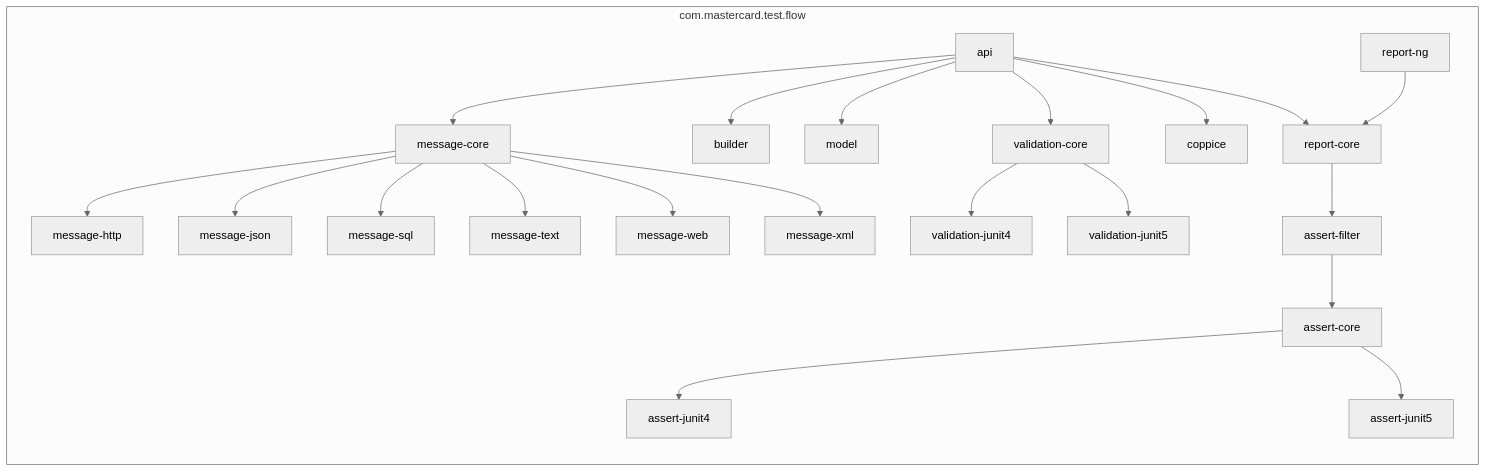
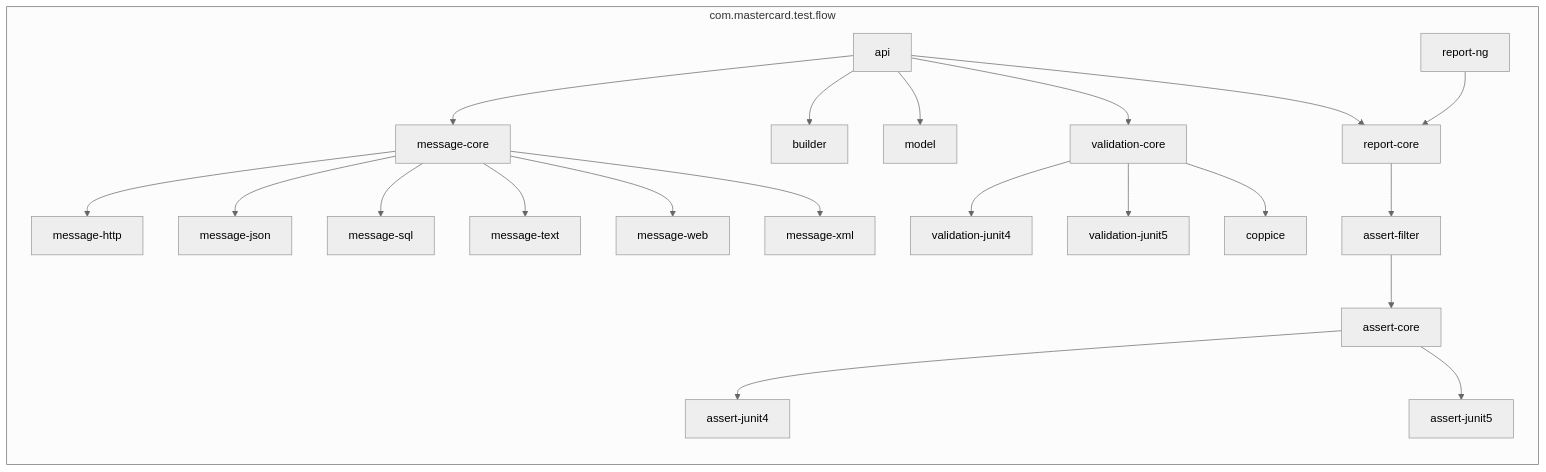
One commit to Mastercard/flow changed the diagram in README.md. Above: the diagram before and after it, drawn with Mermaid (neutral theme). The commit also changed 27 other files, not shown here.

````diff
--- a/README.md
+++ b/README.md
@@ -48,24 +48,24 @@
 ```mermaid
 graph LR
   subgraph com.mastercard.test.flow
     api --> message-core
     api --> builder
     api --> model
     api --> validation-core
-    api --> coppice
     api --> report-core
     assert-core --> assert-junit4
     assert-core --> assert-junit5
     assert-filter --> assert-core
     message-core --> message-http
     message-core --> message-json
     message-core --> message-sql
     message-core --> message-text
     message-core --> message-web
     message-core --> message-xml
     report-core --> assert-filter
     report-ng --> report-core
     validation-core --> validation-junit4
     validation-core --> validation-junit5
+    validation-core --> coppice
   end
 ```
````
